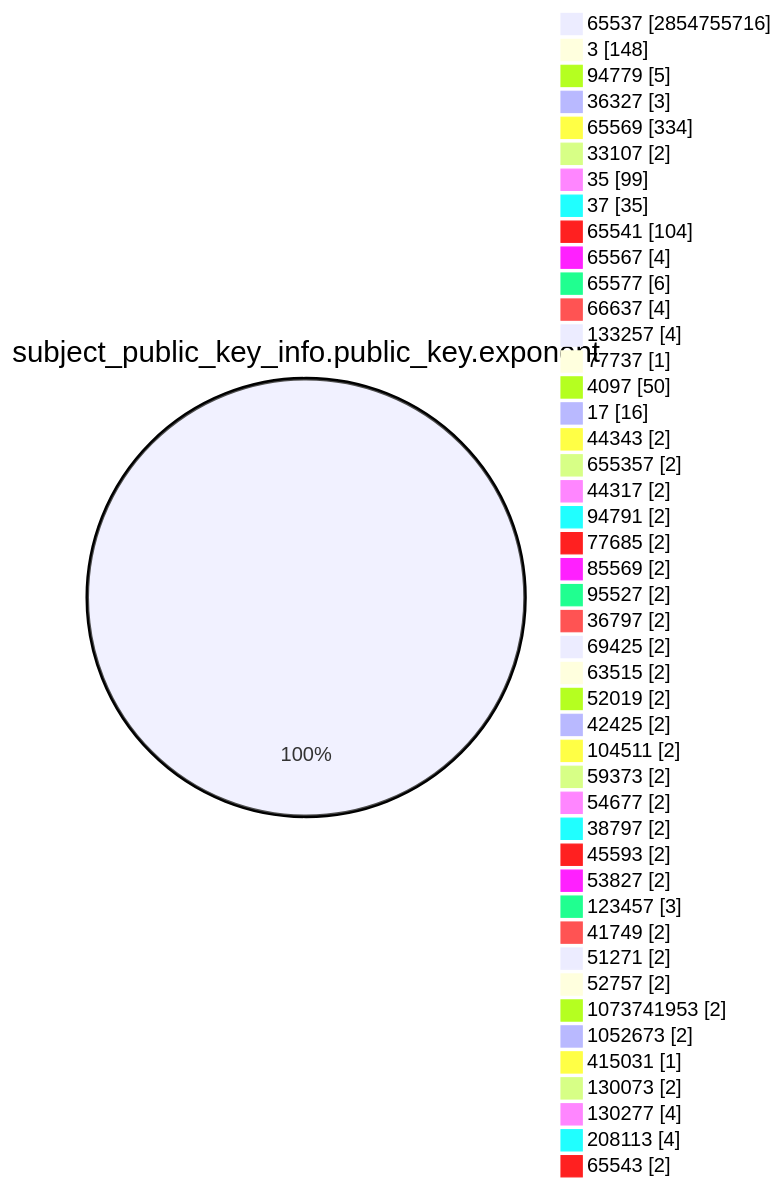
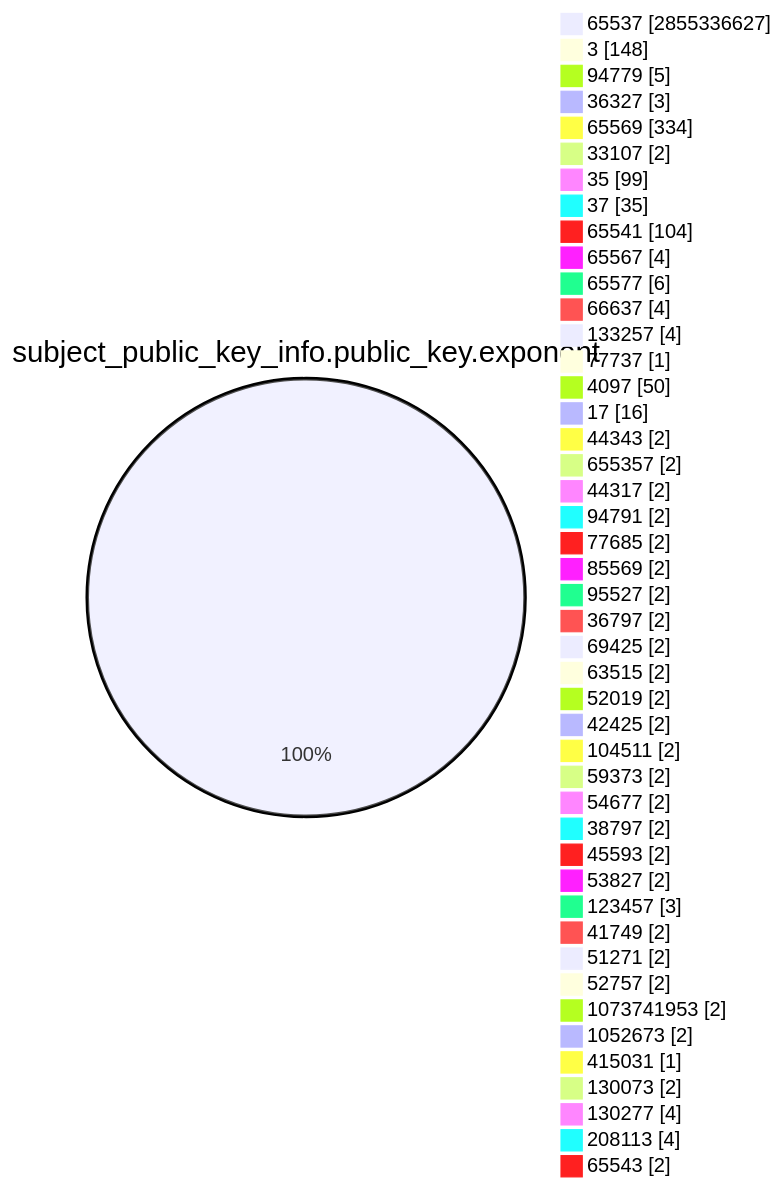
One commit to christiankrug/ctmonitor_visualization changed the fourth of 15 diagrams in TOTAL/README.md. Above: the diagram before and after it, drawn with Mermaid. The commit also changed other lines of this file, not shown here.

````diff
--- a/TOTAL/README.md
+++ b/TOTAL/README.md
@@ -1468,49 +1468,49 @@
 ```mermaid
 pie showData
 title subject_public_key_info.public_key.exponent
-"65537" :2854755716
+"65537" :2855336627
 "3" :148
 "94779" :5
 "36327" :3
 "65569" :334
 "33107" :2
 "35" :99
 "37" :35
 "65541" :104
 "65567" :4
 "65577" :6
 "66637" :4
 "133257" :4
 "77737" :1
 "4097" :50
 "17" :16
 "44343" :2
 "655357" :2
 "44317" :2
 "94791" :2
 "77685" :2
 "85569" :2
 "95527" :2
 "36797" :2
 "69425" :2
 "63515" :2
 "52019" :2
 "42425" :2
 "104511" :2
 "59373" :2
 "54677" :2
 "38797" :2
 "45593" :2
 "53827" :2
 "123457" :3
 "41749" :2
 "51271" :2
 "52757" :2
 "1073741953" :2
 "1052673" :2
 "415031" :1
 "130073" :2
 "130277" :4
 "208113" :4
 "65543" :2
 ```
````
